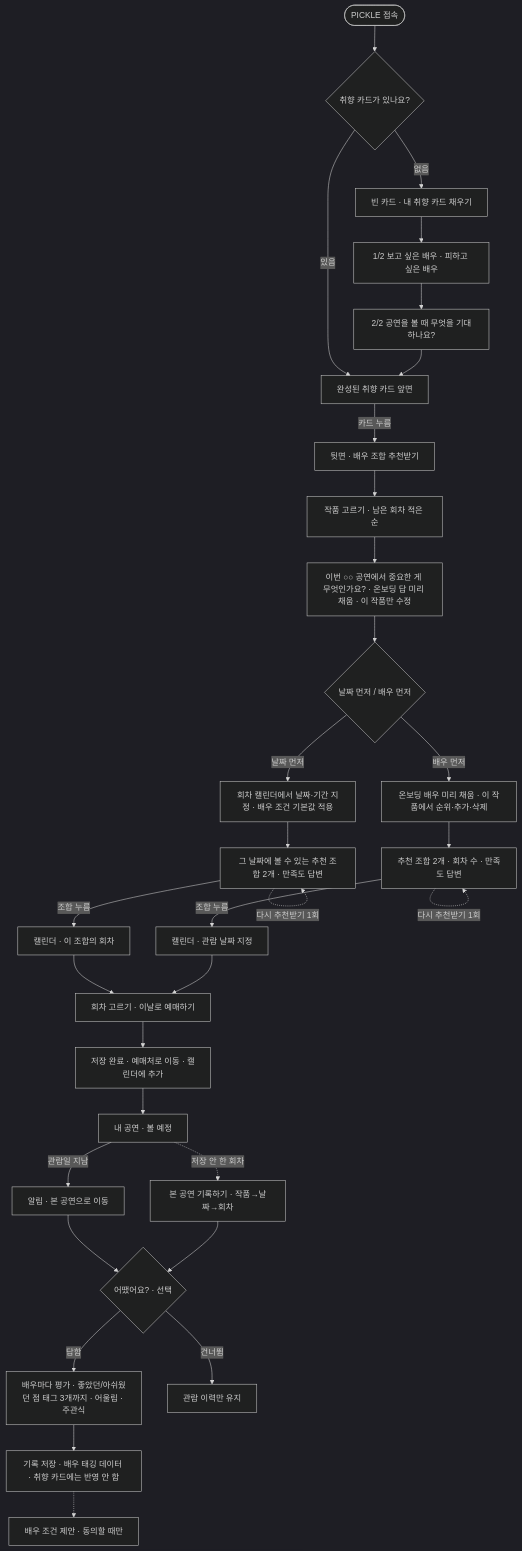
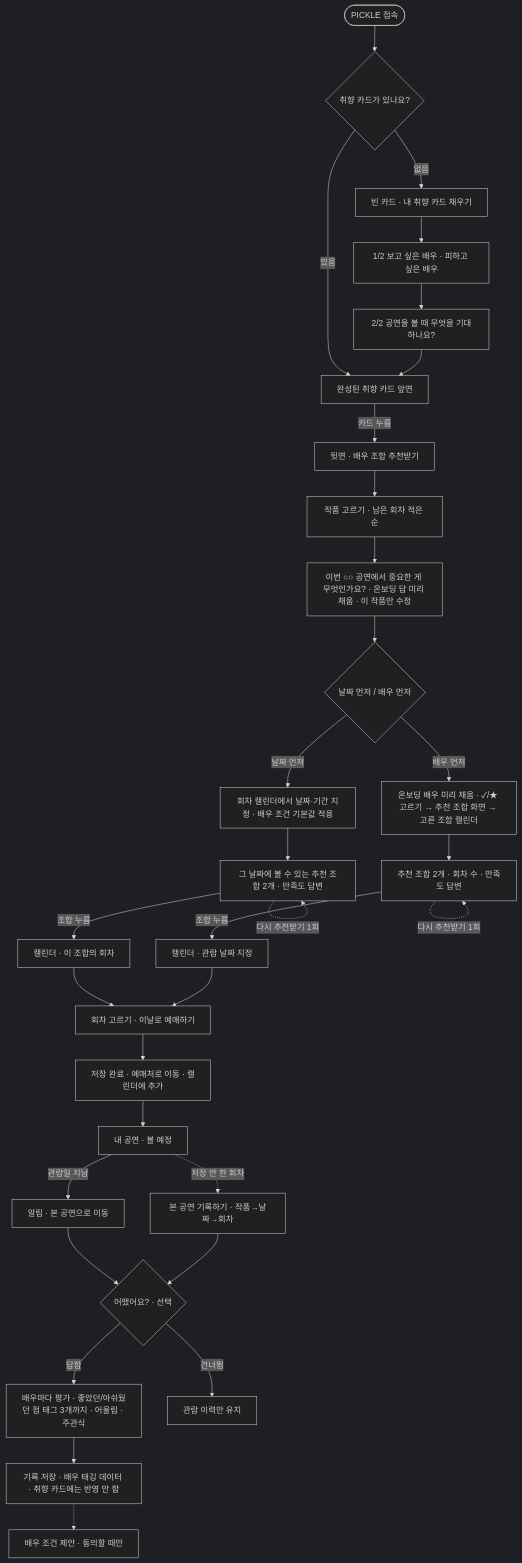
Before and after one commit to 2ma1995/pickle-src: the second of 8 diagrams in docs/261027_2_MVP_사용자흐름.md, drawn with Mermaid (dark theme). The commit also changed other lines of this file, not shown here.

First line of the commit message:
MVP 사용자 흐름 문서 v1.4: 배우 먼저 세 화면, ✓·★ 고르기, 캘린더 표시

````diff
--- a/docs/261027_2_MVP_사용자흐름.md
+++ b/docs/261027_2_MVP_사용자흐름.md
@@ -160,31 +171,31 @@
 ```mermaid
 flowchart TD
     START(["PICKLE 접속"]) --> C{"취향 카드가 있나요?"}
     C -->|없음| EMPTY["빈 카드 · 내 취향 카드 채우기"]
     C -->|있음| CARD["완성된 취향 카드 앞면"]
     EMPTY --> O1["1/2 보고 싶은 배우 · 피하고 싶은 배우"] --> O2["2/2 공연을 볼 때 무엇을 기대하나요?"]
     O2 --> CARD
     CARD -->|카드 누름| FLIP["뒷면 · 배우 조합 추천받기"]
     FLIP --> W["작품 고르기 · 남은 회차 적은 순"]
     W --> WT["이번 ○○ 공연에서 중요한 게 무엇인가요? · 온보딩 답 미리 채움 · 이 작품만 수정"]
     WT --> M{"날짜 먼저 / 배우 먼저"}
     M -->|날짜 먼저| D1["회차 캘린더에서 날짜·기간 지정 · 배우 조건 기본값 적용"]
     D1 --> DR["그 날짜에 볼 수 있는 추천 조합 2개 · 만족도 답변"]
     DR -->|조합 누름| DC["캘린더 · 이 조합의 회차"]
-    M -->|배우 먼저| A1["온보딩 배우 미리 채움 · 이 작품에서 순위·추가·삭제"]
+    M -->|배우 먼저| A1["온보딩 배우 미리 채움 · ✓/★ 고르기 → 추천 조합 화면 → 고른 조합 캘린더"]
     A1 --> AR["추천 조합 2개 · 회차 수 · 만족도 답변"]
     AR -->|조합 누름| AC["캘린더 · 관람 날짜 지정"]
     DC --> BOOK["회차 고르기 · 이날로 예매하기"]
     AC --> BOOK
     BOOK --> SAVED["저장 완료 · 예매처로 이동 · 캘린더에 추가"]
     SAVED --> MY["내 공연 · 볼 예정"]
     MY -->|관람일 지남| NOTI["알림 · 본 공연으로 이동"]
     NOTI --> SEEN{"어땠어요? · 선택"}
     SEEN -->|답함| TAG["배우마다 평가 · 좋았던/아쉬웠던 점 태그 3개까지 · 어울림 · 주관식"]
     TAG --> DATA["기록 저장 · 배우 태깅 데이터 · 취향 카드에는 반영 안 함"]
     DATA -.-> ASK["배우 조건 제안 · 동의할 때만"]
     MY -.->|저장 안 한 회차| LOGIN["본 공연 기록하기 · 작품→날짜→회차"] --> SEEN
     SEEN -->|건너뜀| HIST["관람 이력만 유지"]
     DR -.->|다시 추천받기 1회| DR
     AR -.->|다시 추천받기 1회| AR
 ```
````
